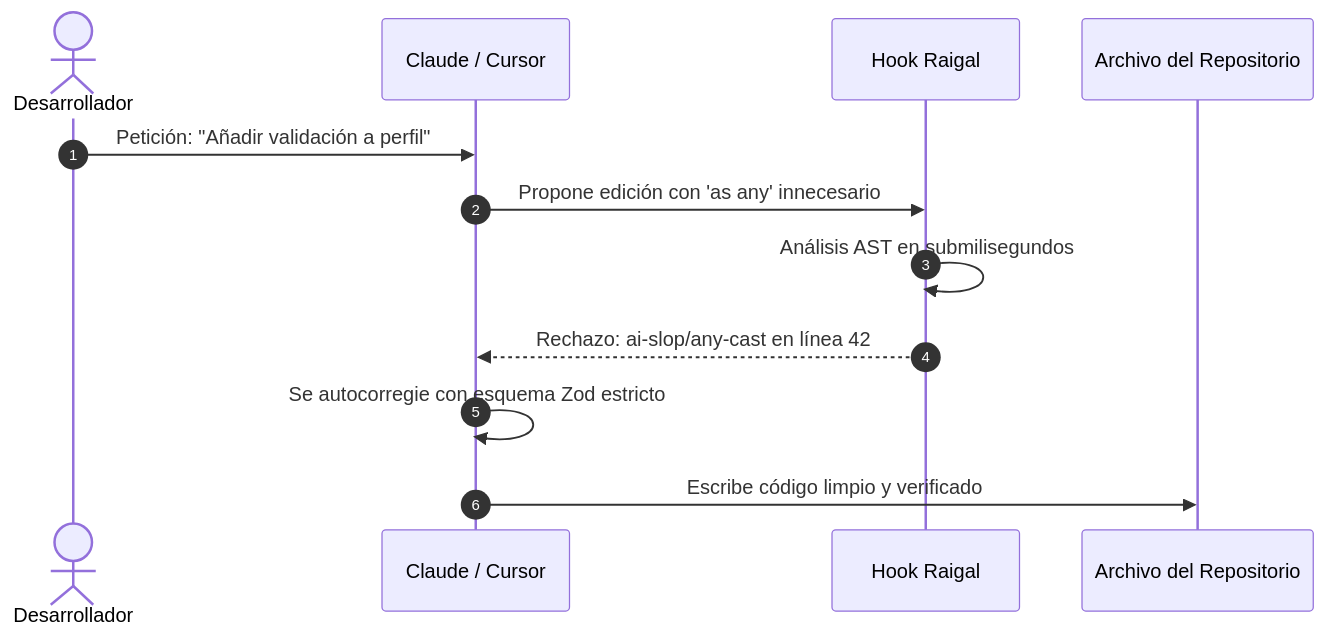
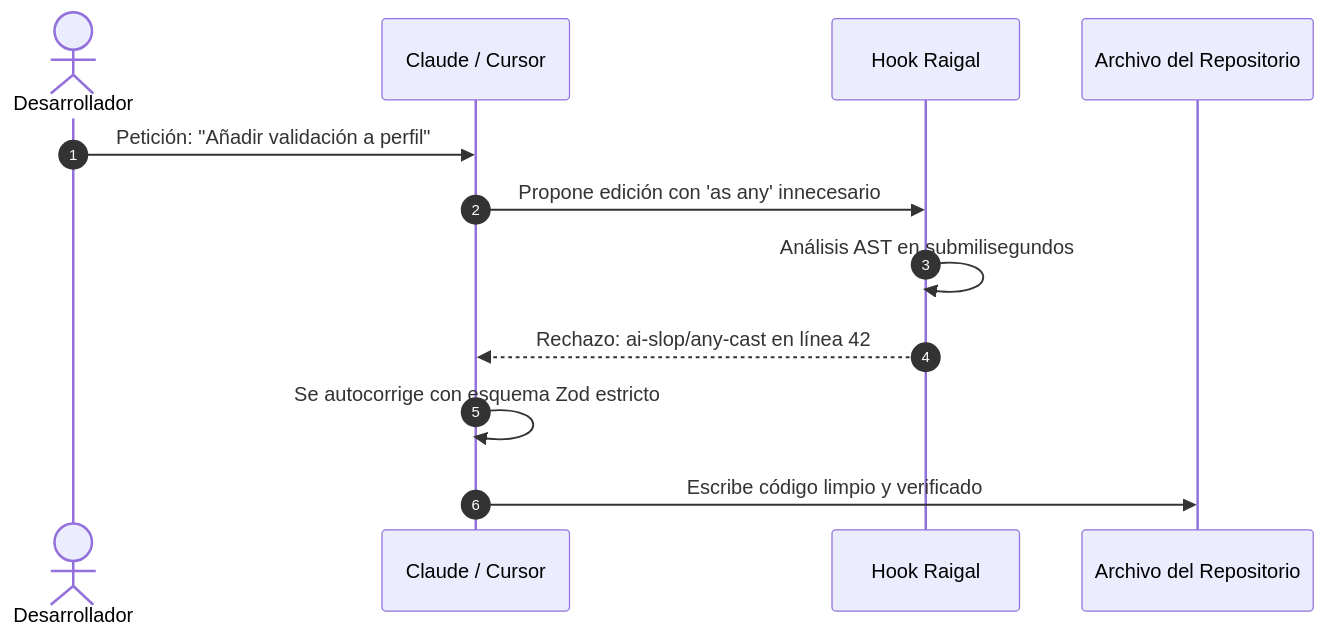
One commit to meethiu/raigal-docs changed the diagram in espanol/documentacion-espanol/referencia-cli/hooks.md. Above: the diagram before and after it, drawn with Mermaid. The commit also changed other lines of this file and 33 other files, not shown here.

````diff
--- a/espanol/documentacion-espanol/referencia-cli/hooks.md
+++ b/espanol/documentacion-espanol/referencia-cli/hooks.md
@@ -17,14 +17,14 @@
 ```mermaid
 sequenceDiagram
     autonumber
     actor Desarrollador
     participant Agente as Claude / Cursor
     participant Hook as Hook Raigal
     participant Codigo as Archivo del Repositorio
     Desarrollador->>Agente: Petición: "Añadir validación a perfil"
     Agente->>Hook: Propone edición con 'as any' innecesario
     Hook->>Hook: Análisis AST en submilisegundos
     Hook-->>Agente: Rechazo: ai-slop/any-cast en línea 42
-    Agente->>Agente: Se autocorregie con esquema Zod estricto
+    Agente->>Agente: Se autocorrige con esquema Zod estricto
     Agente->>Codigo: Escribe código limpio y verificado
 ```
````
